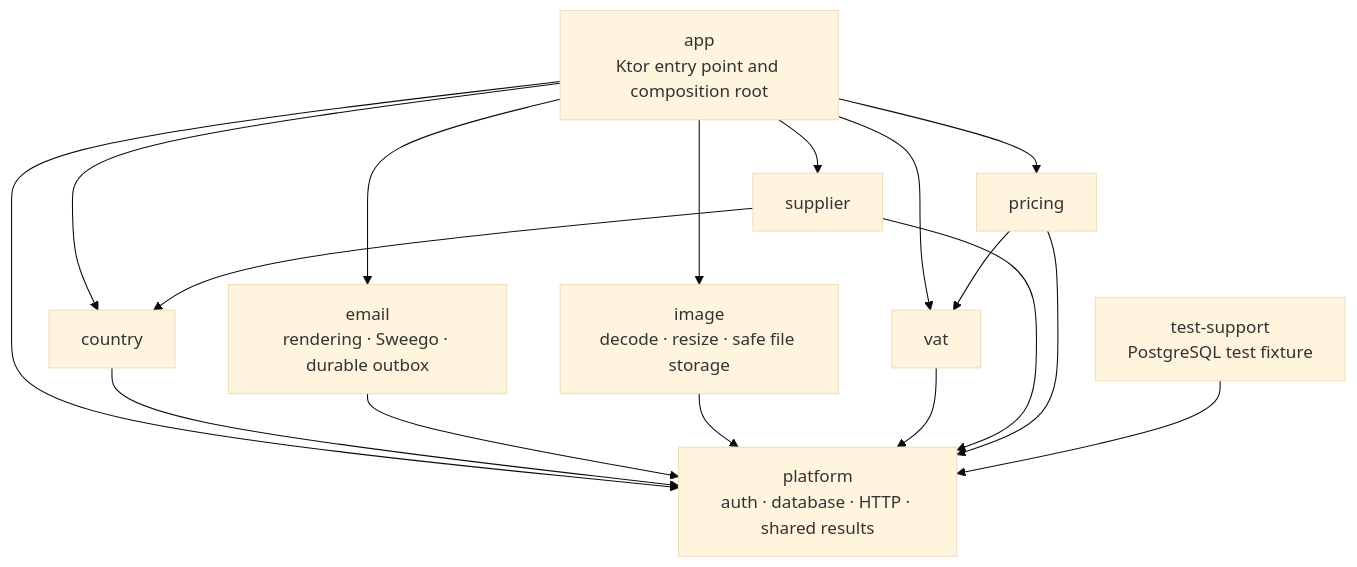
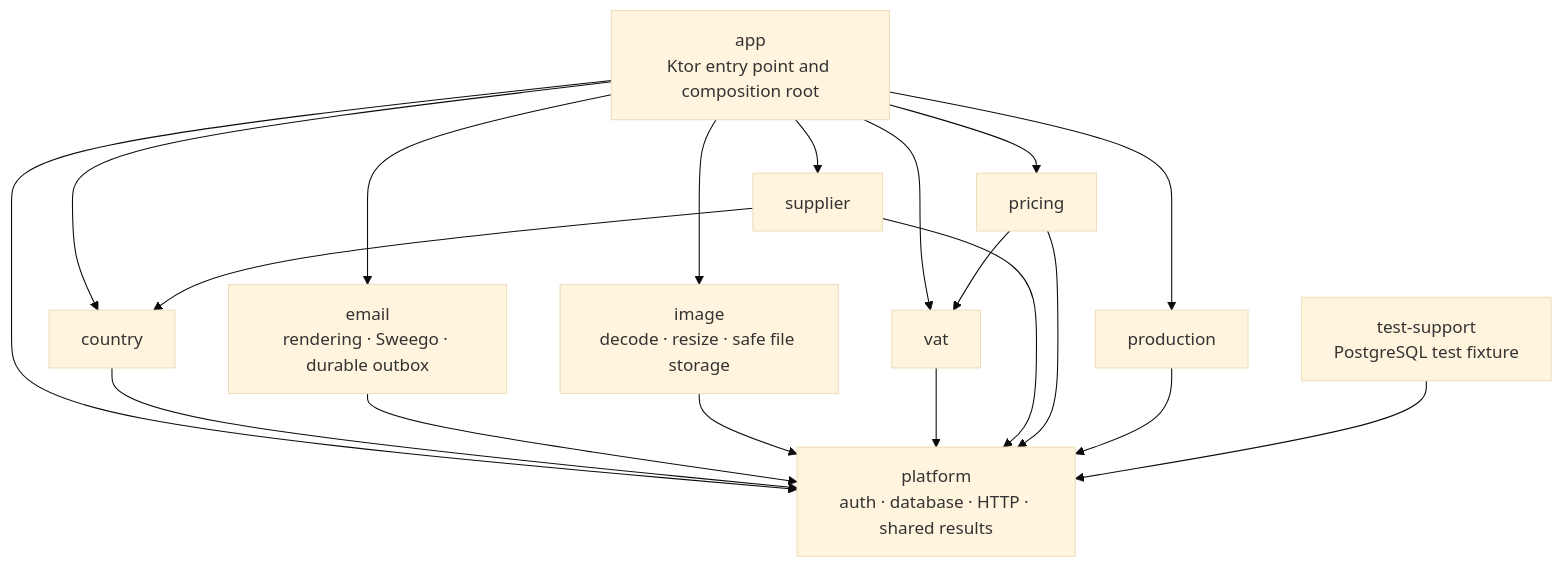
The diagram in docs/dev/backend/module-architecture.md (bitstorm-tech/voenix-shop-kotlin), drawn with Mermaid (base theme) before and after one commit. The commit also changed other lines of this file and 6 other files, not shown here.

````diff
--- a/docs/dev/backend/module-architecture.md
+++ b/docs/dev/backend/module-architecture.md
@@ -34,29 +34,32 @@
 ```mermaid
 flowchart TD
     App["app<br/>Ktor entry point and composition root"]
     Platform["platform<br/>auth · database · HTTP · shared results"]
     Country["country"]
     Email["email<br/>rendering · Sweego · durable outbox"]
     Image["image<br/>decode · resize · safe file storage"]
     Vat["vat"]
     Supplier["supplier"]
     Pricing["pricing"]
+    Production["production"]
     TestSupport["test-support<br/>PostgreSQL test fixture"]
 
     App --> Platform
     App --> Country
     App --> Email
     App --> Image
     App --> Vat
     App --> Supplier
     App --> Pricing
+    App --> Production
     Country --> Platform
     Email --> Platform
     Image --> Platform
     Vat --> Platform
     Supplier --> Platform
     Supplier --> Country
     Pricing --> Platform
     Pricing --> Vat
+    Production --> Platform
     TestSupport --> Platform
 ```
````
